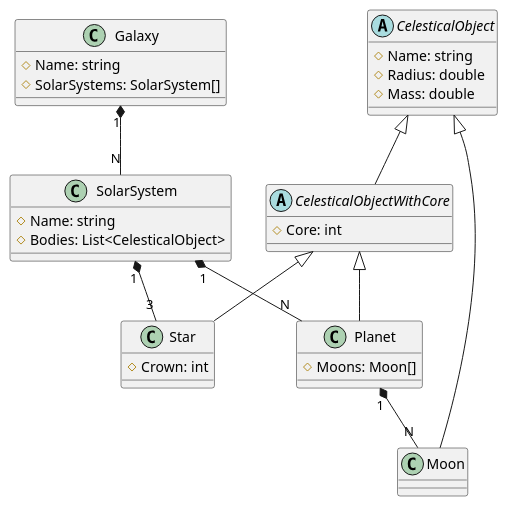
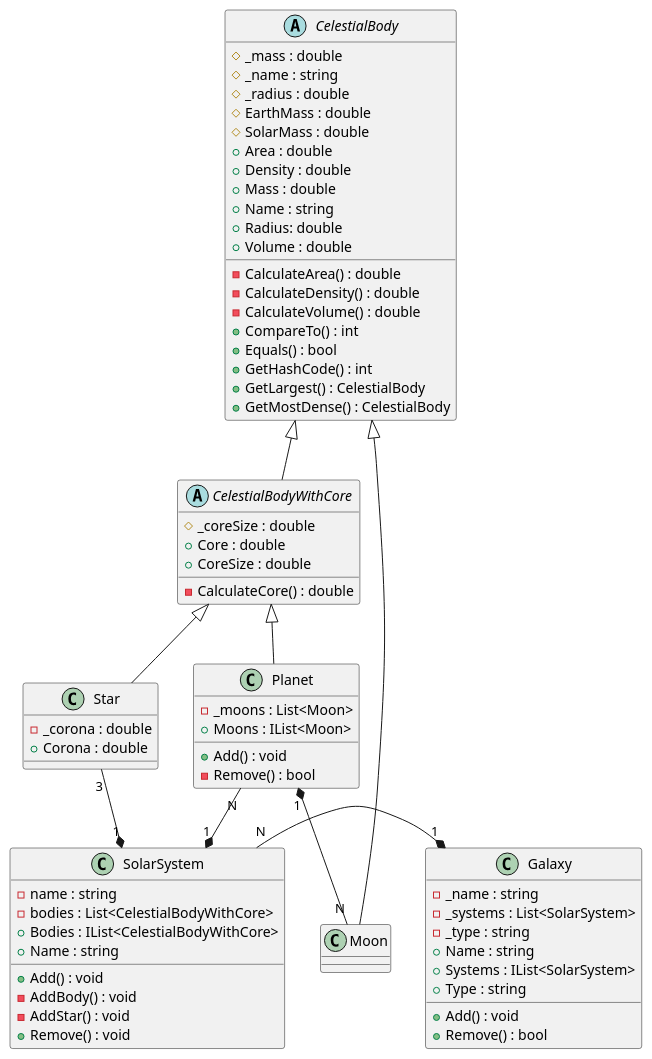
The diagram in prog4/ateliers/atelier5/ClassDiagram.puml (drkhapp-school/prog), drawn with PlantUML before and after one commit. The commit also changed 2 other files, not shown here.

Commit message:
Idk changed class diagrams lol

```diff
--- a/prog4/ateliers/atelier5/ClassDiagram.puml
+++ b/prog4/ateliers/atelier5/ClassDiagram.puml
@@ -1,37 +1,76 @@
 @startuml
+together {
 class Galaxy {
-#Name: string
-#SolarSystems: SolarSystem[]
+-_name : string
+-_systems : List<SolarSystem>
+-_type : string
++Name : string
++Systems : IList<SolarSystem>
++Type : string
++Add() : void
++Remove() : bool
 }
 
 class SolarSystem {
-#Name: string
-#Bodies: List<CelesticalObject>
+-name : string
+-bodies : List<CelestialBodyWithCore>
++Bodies : IList<CelestialBodyWithCore>
++Name : string
++Add() : void
+-AddBody() : void
+-AddStar() : void
++Remove() : void
+}
 }
 
-abstract class CelesticalObject {
-#Name: string
-#Radius: double
-#Mass: double
+abstract class CelestialBody {
+#_mass : double
+#_name : string
+#_radius : double
+#EarthMass : double
+#SolarMass : double
++Area : double
++Density : double
++Mass : double
++Name : string
++Radius: double
++Volume : double
+-CalculateArea() : double
+-CalculateDensity() : double
+-CalculateVolume() : double
++CompareTo() : int
++Equals() : bool
++GetHashCode() : int
++GetLargest() : CelestialBody
++GetMostDense() : CelestialBody
 }
 
-abstract class CelesticalObjectWithCore extends CelesticalObject {
-#Core: int
+abstract class CelestialBodyWithCore extends CelestialBody {
+#_coreSize : double
++Core : double
++CoreSize : double
+-CalculateCore() : double
 }
 
-class Star extends CelesticalObjectWithCore {
-#Crown: int
+together {
+class Star extends CelestialBodyWithCore {
+-_corona : double
++Corona : double
 }
 
-class Planet extends CelesticalObjectWithCore {
-#Moons: Moon[]
+class Planet extends CelestialBodyWithCore {
+-_moons : List<Moon>
++Moons : IList<Moon>
++Add() : void
+-Remove() : bool
 }
 
-class Moon extends CelesticalObject {
+class Moon extends CelestialBody {
+}
 }
 
 Planet "1" *-- "N" Moon
-SolarSystem "1" *-- "N" Planet
-SolarSystem "1" *-- "3" Star
-Galaxy "1" *-- "N" SolarSystem
+SolarSystem "1" *-up- "N" Planet
+SolarSystem "1" *-up- "3" Star
+Galaxy "1" *-left- "N" SolarSystem
 @enduml
```
